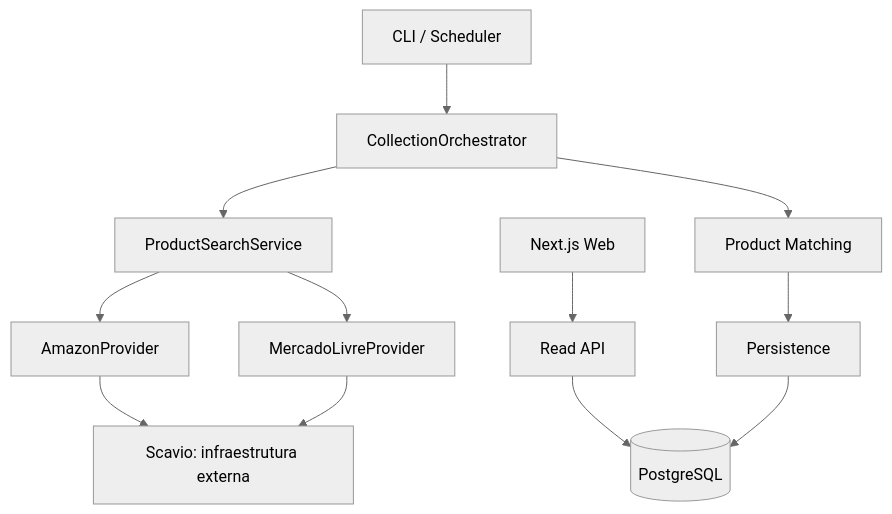
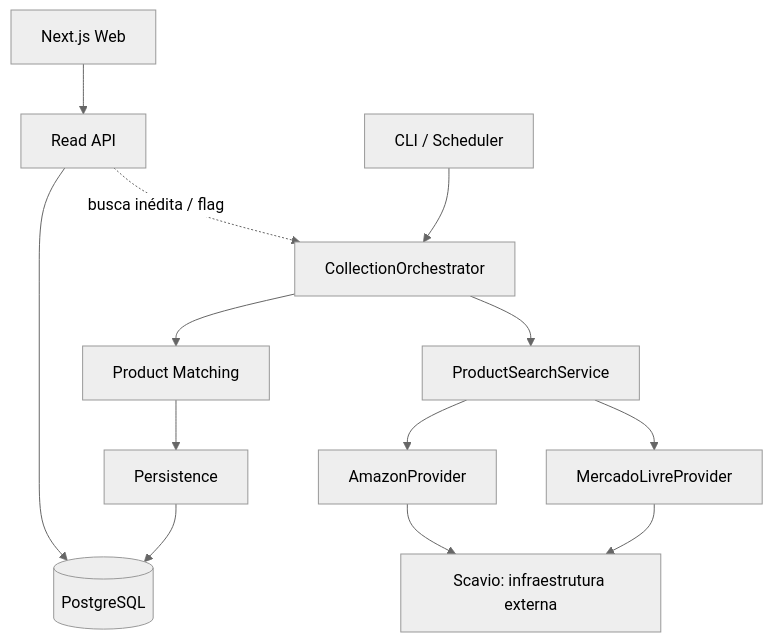
The diagram in README.md (Marc0l4/price-tracker), drawn with Mermaid (neutral theme) before and after one commit. The commit also changed other lines of this file and 19 other files, not shown here.

````diff
--- a/README.md
+++ b/README.md
@@ -31,15 +33,16 @@
 ```mermaid
 flowchart TB
   Web[Next.js Web] --> ReadAPI[Read API]
   ReadAPI --> Postgres[(PostgreSQL)]
+  ReadAPI -. busca inédita / flag .-> Orchestrator
 
   CLI[CLI / Scheduler] --> Orchestrator[CollectionOrchestrator]
   Orchestrator --> Search[ProductSearchService]
   Search --> Amazon[AmazonProvider]
   Search --> Mercado[MercadoLivreProvider]
   Amazon --> Scavio[Scavio: infraestrutura externa]
   Mercado --> Scavio
   Orchestrator --> Matching[Product Matching]
   Matching --> Persistence[Persistence]
   Persistence --> Postgres
 ```
````
